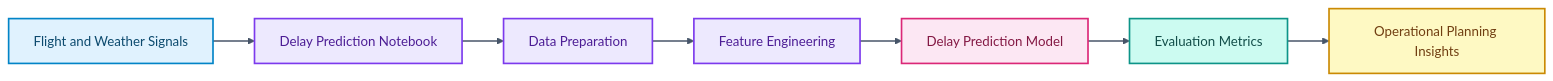
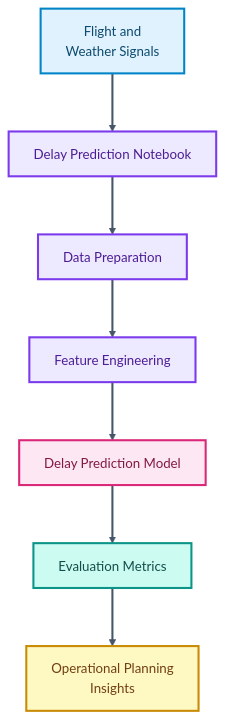
Before and after one commit to skx56/Optimizing-Air-Travel: the diagram in README.md, drawn with Mermaid.

Commit message:
Make README architecture diagram vertical

````diff
--- a/README.md
+++ b/README.md
@@ -30,21 +30,22 @@
 ```mermaid
-flowchart LR
-  FlightData["Flight and Weather Signals"] --> Notebook["Delay Prediction Notebook"]
+%%{init: {"flowchart": {"nodeSpacing": 55, "rankSpacing": 70, "curve": "basis"}, "themeVariables": {"fontSize": "16px", "fontFamily": "Inter, ui-sans-serif, system-ui, -apple-system, BlinkMacSystemFont, Segoe UI, sans-serif"}}}%%
+flowchart TD
+  FlightData["Flight and<br/>Weather Signals"] --> Notebook["Delay Prediction Notebook"]
   Notebook --> Clean["Data Preparation"]
   Clean --> Features["Feature Engineering"]
   Features --> Model["Delay Prediction Model"]
   Model --> Metrics["Evaluation Metrics"]
-  Metrics --> Planning["Operational Planning Insights"]
+  Metrics --> Planning["Operational Planning<br/>Insights"]
 
-  classDef inputs fill:#E0F2FE,stroke:#0284C7,color:#0C4A6E,stroke-width:2px;
-  classDef process fill:#EDE9FE,stroke:#7C3AED,color:#4C1D95,stroke-width:2px;
-  classDef data fill:#CCFBF1,stroke:#0D9488,color:#134E4A,stroke-width:2px;
-  classDef agent fill:#FCE7F3,stroke:#DB2777,color:#831843,stroke-width:2px;
-  classDef output fill:#FEF9C3,stroke:#CA8A04,color:#713F12,stroke-width:2px;
+  classDef inputs fill:#E0F2FE,stroke:#0284C7,color:#0C4A6E,stroke-width:2.5px;
+  classDef process fill:#EDE9FE,stroke:#7C3AED,color:#4C1D95,stroke-width:2.5px;
+  classDef data fill:#CCFBF1,stroke:#0D9488,color:#134E4A,stroke-width:2.5px;
+  classDef agent fill:#FCE7F3,stroke:#DB2777,color:#831843,stroke-width:2.5px;
+  classDef output fill:#FEF9C3,stroke:#CA8A04,color:#713F12,stroke-width:2.5px;
   class FlightData inputs;
   class Notebook,Clean,Features process;
   class Metrics data;
   class Model agent;
   class Planning output;
-  linkStyle default stroke:#475569,stroke-width:2px;
+  linkStyle default stroke:#475569,stroke-width:2.5px;
 ```
````
